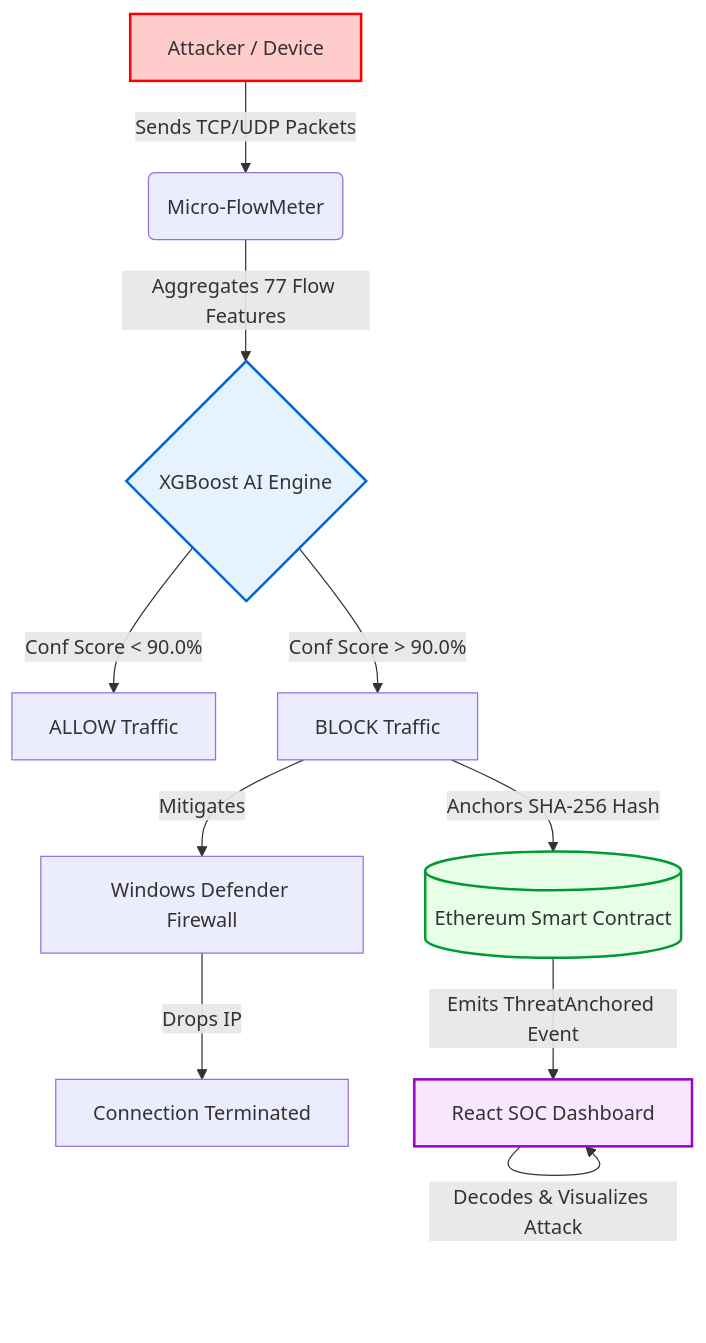
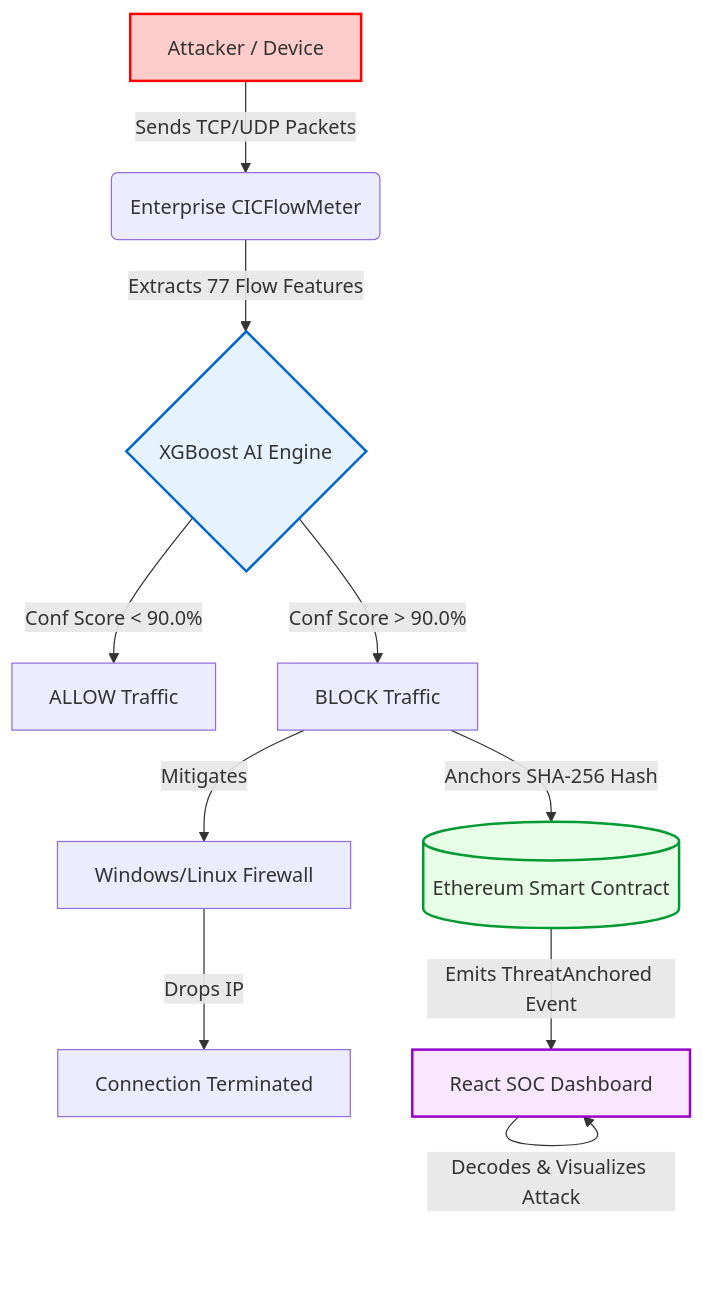
The diagram in README.md (sohumvenkatadri7/ThreatChain), drawn with Mermaid before and after one commit. The commit also changed other lines of this file, not shown here.

Commit message:
Update README with ML accuracy metrics and CICFlowMeter enterprise clarification

````diff
--- a/README.md
+++ b/README.md
@@ -17,30 +34,30 @@
 ```mermaid
 graph TD
     %% Entities
     A[Attacker / Device]
-    B(Micro-FlowMeter)
+    B(Enterprise CICFlowMeter)
     C{XGBoost AI Engine}
     D[ALLOW Traffic]
     E[BLOCK Traffic]
-    F[Windows Defender Firewall]
+    F[Windows/Linux Firewall]
     G[Connection Terminated]
     H[(Ethereum Smart Contract)]
     I[React SOC Dashboard]
 
     %% Flow
     A -- Sends TCP/UDP Packets --> B
-    B -- Aggregates 77 Flow Features --> C
+    B -- Extracts 77 Flow Features --> C
     C -- Conf Score < 90.0% --> D
     C -- Conf Score > 90.0% --> E
     E -- Mitigates --> F
     F -- Drops IP --> G
     E -- Anchors SHA-256 Hash --> H
     H -- Emits ThreatAnchored Event --> I
     I -- Decodes & Visualizes Attack --> I
 
     %% Styling
     style A fill:#ffcccc,stroke:#ff0000,stroke-width:2px
     style C fill:#e6f3ff,stroke:#0066cc,stroke-width:2px
     style H fill:#e6ffe6,stroke:#009933,stroke-width:2px
     style I fill:#f9e6ff,stroke:#9900cc,stroke-width:2px
 ```
````
